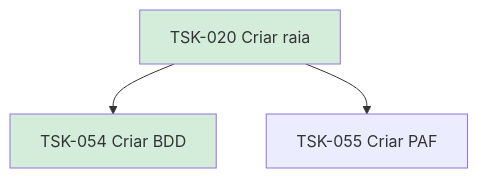
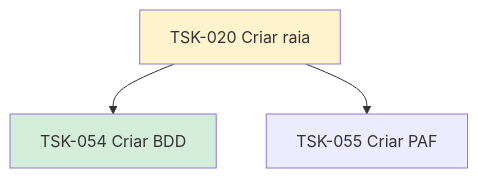
One commit to laerciogermano/workstation changed the diagram in flow/tasks/TSK-001-criar-epico/TSK-002-criar-as-historias/TSK-004-board/TSK-020-criar-raia/README.md. Above: the diagram before and after it, drawn with Mermaid. The commit also changed other lines of this file and 53 other files, not shown here.

````diff
--- a/flow/tasks/TSK-001-criar-epico/TSK-002-criar-as-historias/TSK-004-board/TSK-020-criar-raia/README.md
+++ b/flow/tasks/TSK-001-criar-epico/TSK-002-criar-as-historias/TSK-004-board/TSK-020-criar-raia/README.md
@@ -12,10 +12,10 @@
 ```mermaid
 flowchart TD
   T020[TSK-020 Criar raia]
   T054[TSK-054 Criar BDD]
   T055[TSK-055 Criar PAF]
   T020 --> T054
   T020 --> T055
-  style T020 fill:#d4edda
+  style T020 fill:#fff3cd
   style T054 fill:#d4edda
 ```
````
